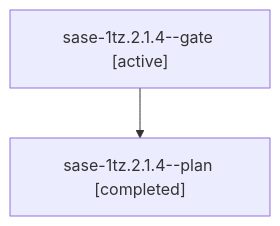
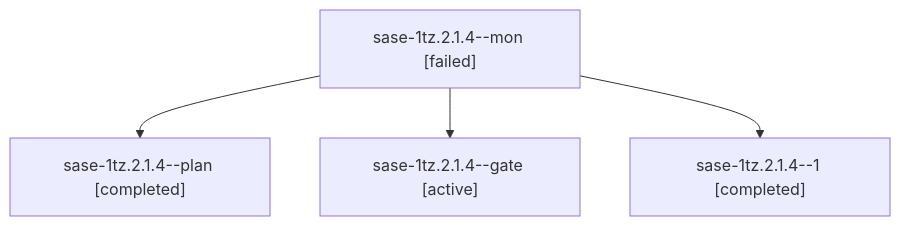
One commit to sase-org/sase--agents changed the diagram in sessions/bbugyi200.athena.sase-1tz.2.1.4.md. Above: the diagram before and after it, drawn with Mermaid. The commit also changed other lines of this file and 73 other files, not shown here.

````diff
--- a/sessions/bbugyi200.athena.sase-1tz.2.1.4.md
+++ b/sessions/bbugyi200.athena.sase-1tz.2.1.4.md
@@ -9,6 +9,10 @@
 ```mermaid
 flowchart TD
-  n0["sase-1tz.2.1.4--gate [active]"]
+  n0["sase-1tz.2.1.4--mon [failed]"]
   n1["sase-1tz.2.1.4--plan [completed]"]
   n0 --> n1
+  n2["sase-1tz.2.1.4--gate [active]"]
+  n0 --> n2
+  n3["sase-1tz.2.1.4--1 [completed]"]
+  n0 --> n3
 ```
````
